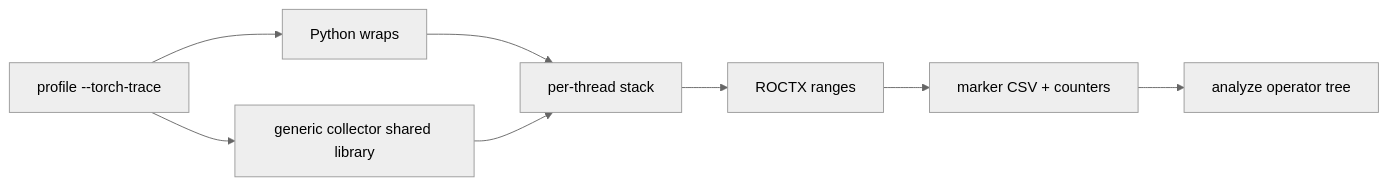
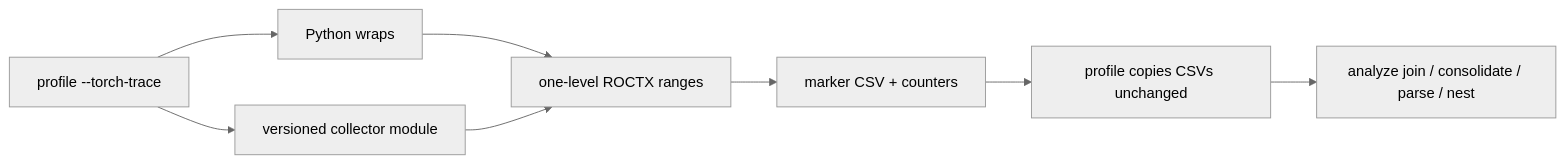
Before and after one commit to ROCm/rocm-systems: the diagram in projects/rocprofiler-compute/docs/design/hld-torch-trace-collector.md, drawn with Mermaid (neutral theme). The commit also changed other lines of this file and 2 other files, not shown here.

Commit message:
[rocprofiler-compute] Rewrite collector one-level design docs

````diff
--- a/projects/rocprofiler-compute/docs/design/hld-torch-trace-collector.md
+++ b/projects/rocprofiler-compute/docs/design/hld-torch-trace-collector.md
@@ -81,10 +87,10 @@
 ```mermaid
 flowchart LR
   profile["profile --torch-trace"] --> wraps["Python wraps"]
-  profile --> collector["generic collector shared library"]
-  wraps --> stack["per-thread stack"]
-  collector --> stack
-  stack --> roctx["ROCTX ranges"]
+  profile --> collector["versioned collector module"]
+  wraps --> roctx["one-level ROCTX ranges"]
+  collector --> roctx
   roctx --> csv["marker CSV + counters"]
-  csv --> analyze["analyze operator tree"]
+  csv --> copy["profile copies CSVs unchanged"]
+  copy --> analyze["analyze join / consolidate / parse / nest"]
 ```
````
